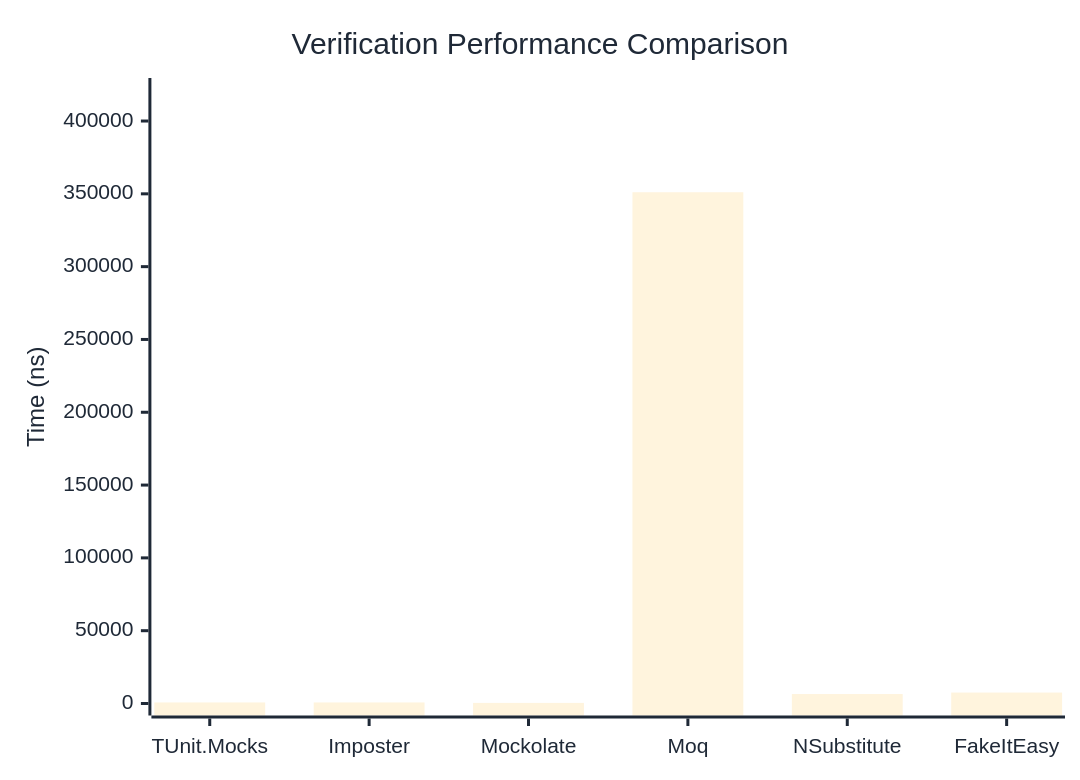
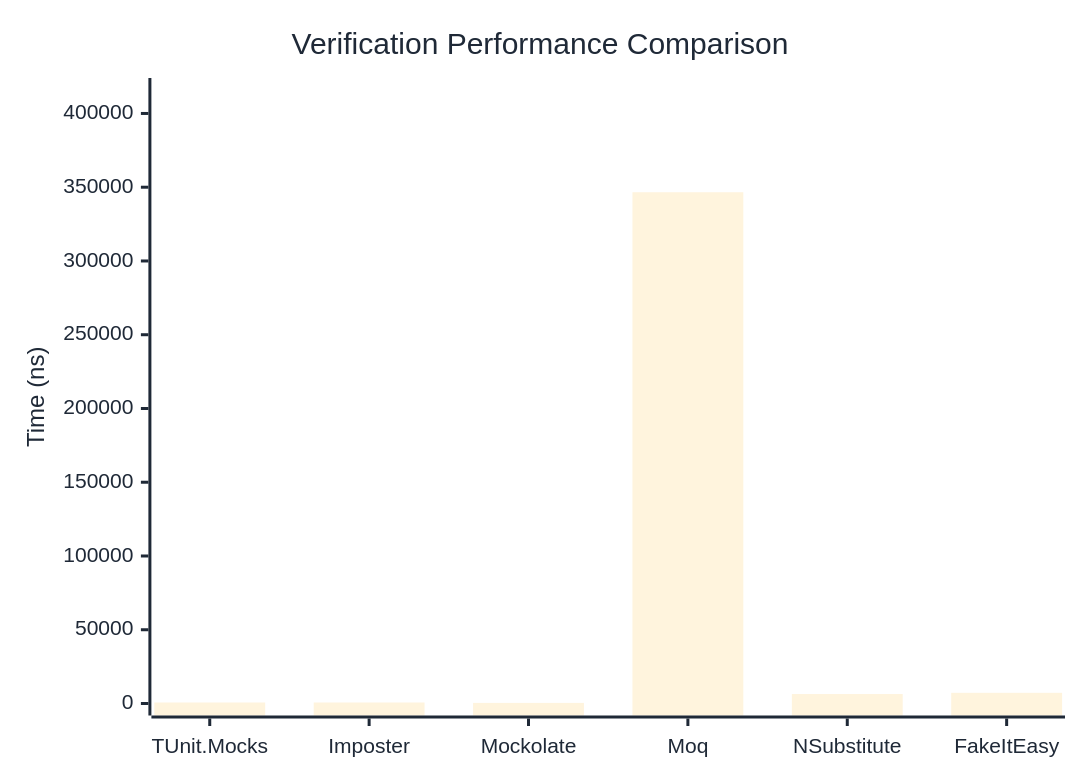
Before and after one commit to thomhurst/TUnit: the first of 3 diagrams in docs/docs/benchmarks/mocks/Verification.md, drawn with Mermaid. The commit also changed other lines of this file and 14 other files, not shown here.

````diff
--- a/docs/docs/benchmarks/mocks/Verification.md
+++ b/docs/docs/benchmarks/mocks/Verification.md
@@ -30,27 +30,27 @@
 ```mermaid
 %%{init: {
   'theme':'base',
   'themeVariables': {
     'primaryColor': '#2563eb',
     'primaryTextColor': '#1f2937',
     'primaryBorderColor': '#1e40af',
     'lineColor': '#6b7280',
     'secondaryColor': '#7c3aed',
     'tertiaryColor': '#dc2626',
     'background': '#ffffff',
     'pie1': '#2563eb',
     'pie2': '#7c3aed',
     'pie3': '#dc2626',
     'pie4': '#f59e0b',
     'pie5': '#10b981',
     'pie6': '#06b6d4',
     'pie7': '#ec4899',
     'pie8': '#6366f1'
   }
 }}%%
 xychart-beta
   title "Verification Performance Comparison"
   x-axis ["TUnit.Mocks", "Imposter", "Mockolate", "Moq", "NSubstitute", "FakeItEasy"]
-  y-axis "Time (ns)" 0 --> 421308
-  bar [719.21, 712.97, 415.67, 351089.27, 6489.77, 7513.3]
+  y-axis "Time (ns)" 0 --> 415905
+  bar [684.49, 683.22, 409.52, 346587.04, 6414.24, 7244.33]
 ```
````
